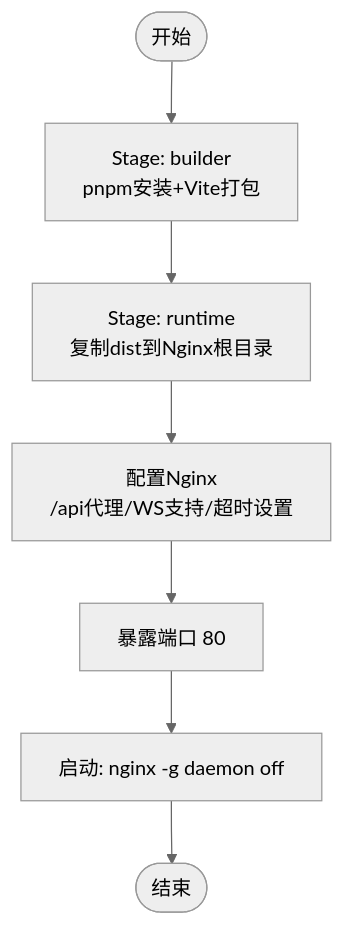
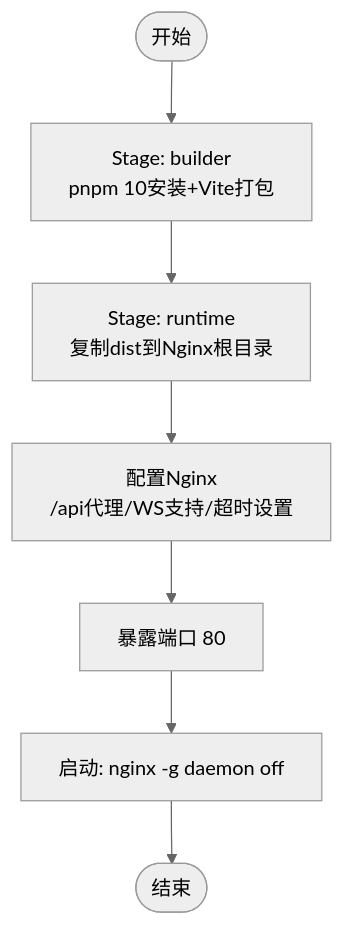
One commit to RabbitAI-Lab/Sandbox-Manager changed the fourth of 5 diagrams in .qoder/repowiki/zh/content/部署与运维/容器化与Docker.md. Above: the diagram before and after it, drawn with Mermaid (neutral theme). The commit also changed other lines of this file and 11 other files, not shown here.

````diff
--- a/.qoder/repowiki/zh/content/部署与运维/容器化与Docker.md
+++ b/.qoder/repowiki/zh/content/部署与运维/容器化与Docker.md
@@ -159,9 +218,9 @@
 ```mermaid
 flowchart TD
-Start(["开始"]) --> Build["Stage: builder<br/>pnpm安装+Vite打包"]
+Start(["开始"]) --> Build["Stage: builder<br/>pnpm 10安装+Vite打包"]
 Build --> CopyDist["Stage: runtime<br/>复制dist到Nginx根目录"]
 CopyDist --> Conf["配置Nginx<br/>/api代理/WS支持/超时设置"]
 Conf --> Expose["暴露端口 80"]
 Expose --> Run["启动: nginx -g daemon off"]
 Run --> End(["结束"])
 ```
````
